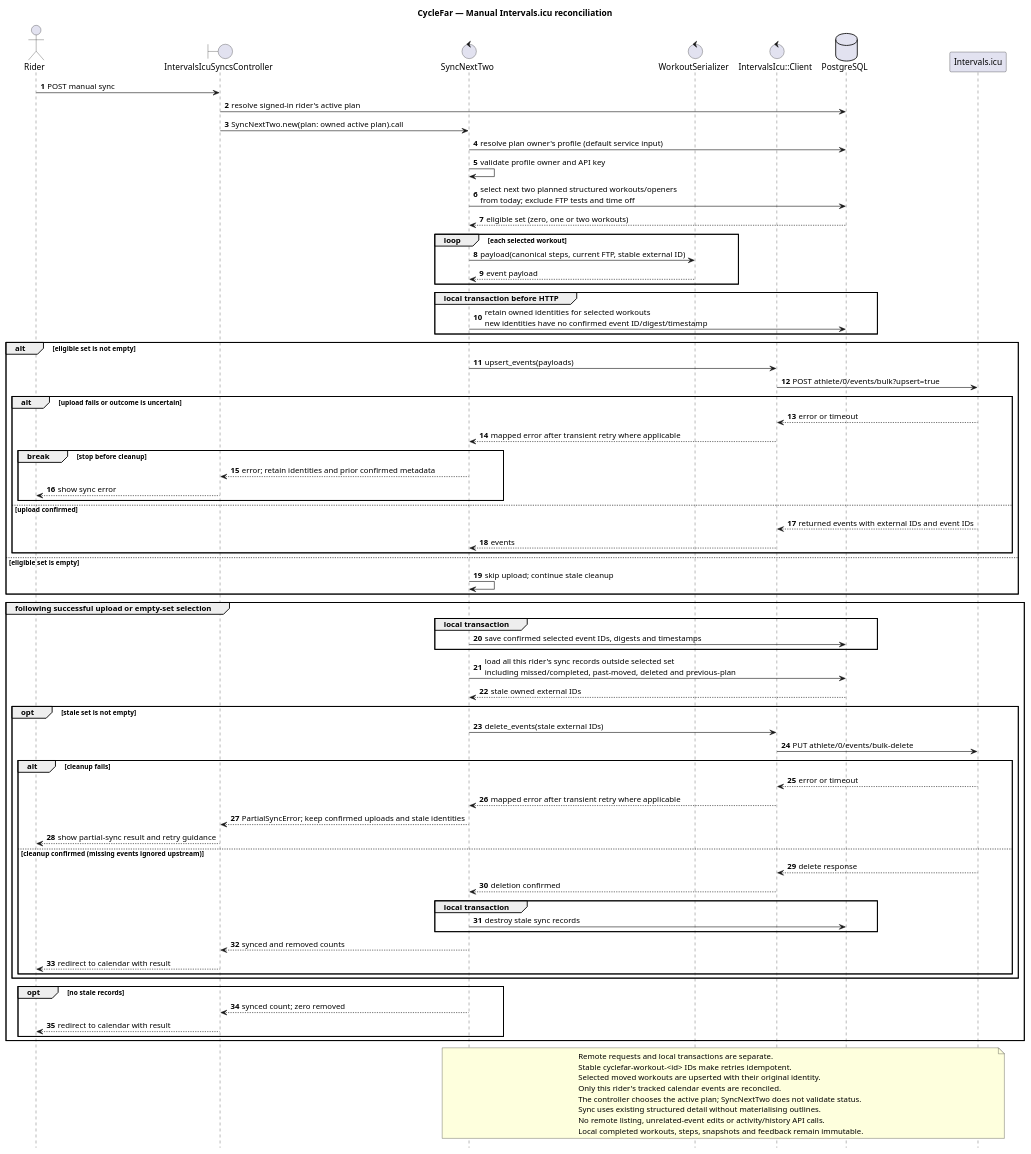
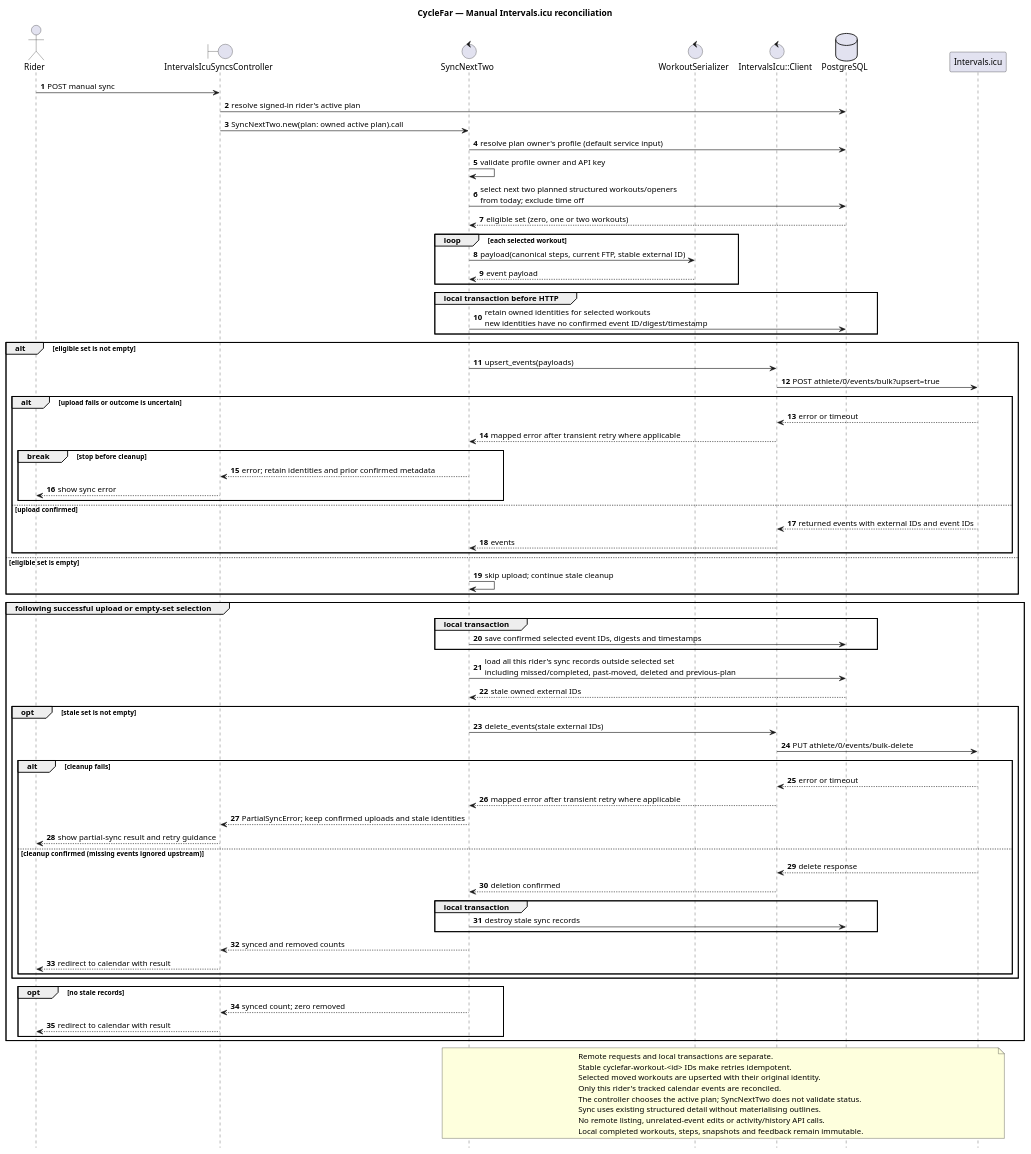
The diagram in docs/diagrams/sequence-cyclefar-intervals-icu-sync.puml (richardhartme/cyclefar), drawn with PlantUML before and after one commit. The commit also changed 61 other files, not shown here.

```diff
--- a/docs/diagrams/sequence-cyclefar-intervals-icu-sync.puml
+++ b/docs/diagrams/sequence-cyclefar-intervals-icu-sync.puml
@@ -1,88 +1,88 @@
 @startuml
 title CycleFar — Manual Intervals.icu reconciliation
 
 autonumber
 hide footbox
 
 actor Rider
 boundary "IntervalsIcuSyncsController" as Controller
 control "SyncNextTwo" as Sync
 control "WorkoutSerializer" as Serializer
 control "IntervalsIcu::Client" as Client
 database "PostgreSQL" as Database
 participant "Intervals.icu" as Remote
 
 Rider -> Controller: POST manual sync
 Controller -> Database: resolve signed-in rider's active plan
 Controller -> Sync: SyncNextTwo.new(plan: owned active plan).call
 Sync -> Database: resolve plan owner's profile (default service input)
 Sync -> Sync: validate profile owner and API key
-Sync -> Database: select next two planned structured workouts/openers\nfrom today; exclude FTP tests and time off
+Sync -> Database: select next two planned structured workouts/openers\nfrom today; exclude time off
 Database --> Sync: eligible set (zero, one or two workouts)
 loop each selected workout
   Sync -> Serializer: payload(canonical steps, current FTP, stable external ID)
   Serializer --> Sync: event payload
 end
 group local transaction before HTTP
   Sync -> Database: retain owned identities for selected workouts\nnew identities have no confirmed event ID/digest/timestamp
 end
 
 alt eligible set is not empty
   Sync -> Client: upsert_events(payloads)
   Client -> Remote: POST athlete/0/events/bulk?upsert=true
   alt upload fails or outcome is uncertain
     Remote --> Client: error or timeout
     Client --> Sync: mapped error after transient retry where applicable
     break stop before cleanup
       Sync --> Controller: error; retain identities and prior confirmed metadata
       Controller --> Rider: show sync error
     end
   else upload confirmed
     Remote --> Client: returned events with external IDs and event IDs
     Client --> Sync: events
   end
 else eligible set is empty
   Sync -> Sync: skip upload; continue stale cleanup
 end
 
 group following successful upload or empty-set selection
   group local transaction
     Sync -> Database: save confirmed selected event IDs, digests and timestamps
   end
   Sync -> Database: load all this rider's sync records outside selected set\nincluding missed/completed, past-moved, deleted and previous-plan
   Database --> Sync: stale owned external IDs
   opt stale set is not empty
     Sync -> Client: delete_events(stale external IDs)
     Client -> Remote: PUT athlete/0/events/bulk-delete
     alt cleanup fails
       Remote --> Client: error or timeout
       Client --> Sync: mapped error after transient retry where applicable
       Sync --> Controller: PartialSyncError; keep confirmed uploads and stale identities
       Controller --> Rider: show partial-sync result and retry guidance
     else cleanup confirmed (missing events ignored upstream)
       Remote --> Client: delete response
       Client --> Sync: deletion confirmed
       group local transaction
         Sync -> Database: destroy stale sync records
       end
       Sync --> Controller: synced and removed counts
       Controller --> Rider: redirect to calendar with result
     end
   end
   opt no stale records
     Sync --> Controller: synced count; zero removed
     Controller --> Rider: redirect to calendar with result
   end
 end
 
 note over Sync, Remote
   Remote requests and local transactions are separate.
   Stable cyclefar-workout-<id> IDs make retries idempotent.
   Selected moved workouts are upserted with their original identity.
   Only this rider's tracked calendar events are reconciled.
   The controller chooses the active plan; SyncNextTwo does not validate status.
   Sync uses existing structured detail without materialising outlines.
   No remote listing, unrelated-event edits or activity/history API calls.
   Local completed workouts, steps, snapshots and feedback remain immutable.
 end note
 @enduml
```
